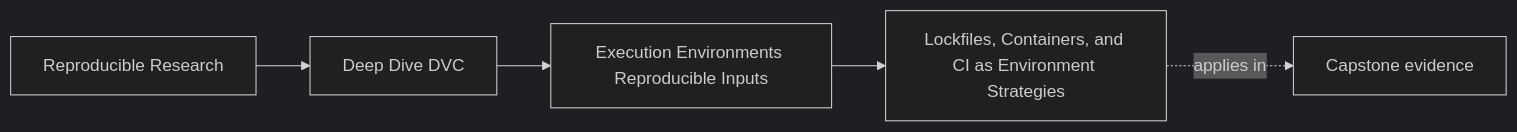
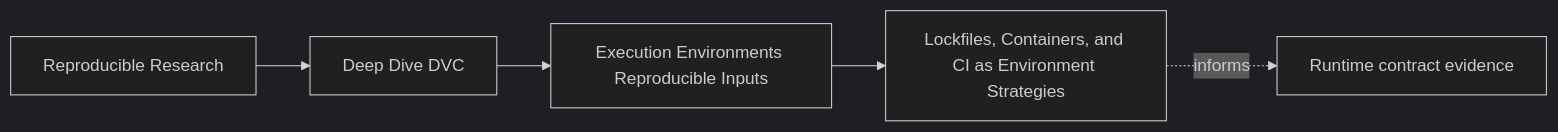
Before and after one commit to bijux/bijux-masterclass: the first of 4 diagrams in programs/reproducible-research/deep-dive-dvc/course-book/module-03-execution-environments-reproducible-inputs/lockfiles-containers-and-ci-as-environment-strategies.md, drawn with Mermaid (dark theme). The commit also changed other lines of this file, not shown here.

Commit message:
docs(dvc): choose environment controls by evidence boundary

````diff
--- a/programs/reproducible-research/deep-dive-dvc/course-book/module-03-execution-environments-reproducible-inputs/lockfiles-containers-and-ci-as-environment-strategies.md
+++ b/programs/reproducible-research/deep-dive-dvc/course-book/module-03-execution-environments-reproducible-inputs/lockfiles-containers-and-ci-as-environment-strategies.md
@@ -7,11 +6,11 @@
 ```mermaid
 graph LR
   family["Reproducible Research"]
   program["Deep Dive DVC"]
   section["Execution Environments Reproducible Inputs"]
   page["Lockfiles, Containers, and CI as Environment Strategies"]
-  capstone["Capstone evidence"]
+  capstone["Runtime contract evidence"]
 
   family --> program --> section --> page
-  page -.applies in.-> capstone
+  page -.informs.-> capstone
 ```
````
